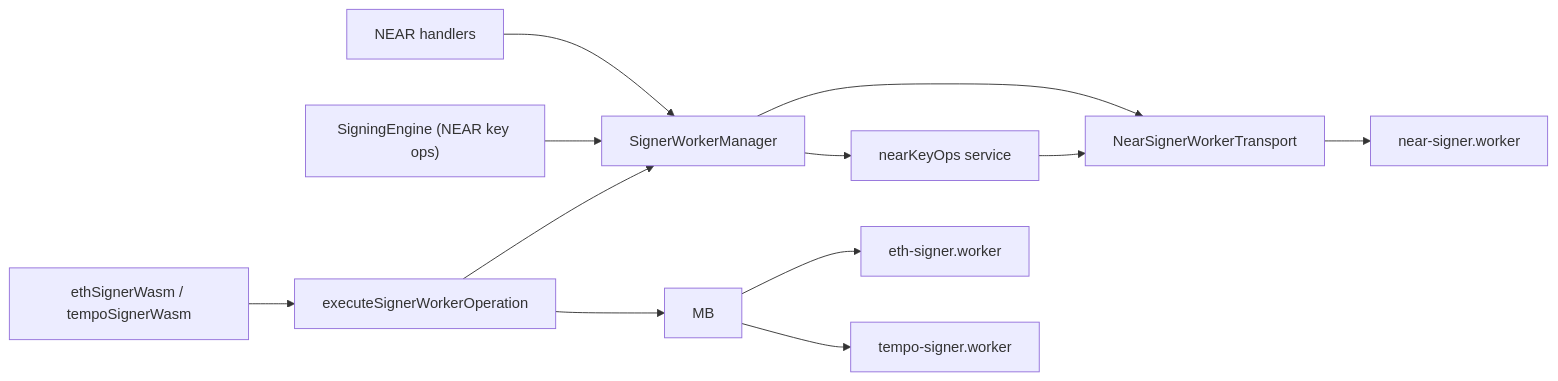
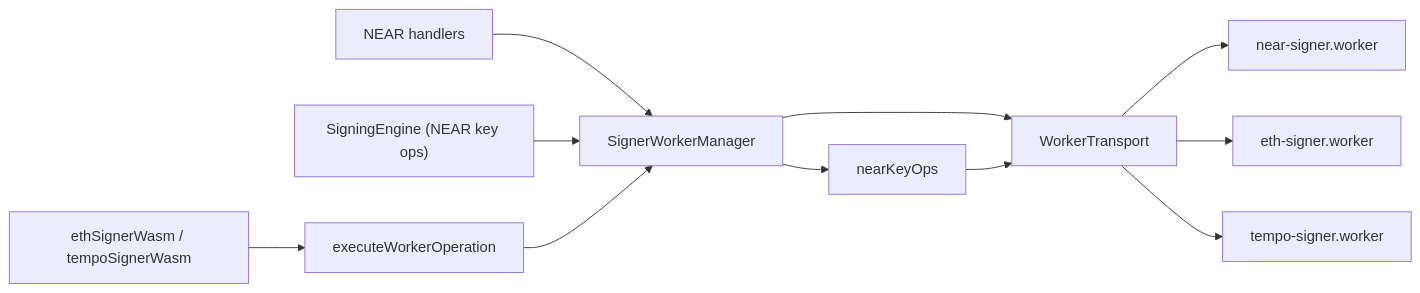
One commit to seams-tech/seams-sdk changed the third of 3 diagrams in client/src/core/signingEngine/README.md. Above: the diagram before and after it, drawn with Mermaid. The commit also changed other lines of this file and 180 other files, not shown here.

````diff
--- a/client/src/core/signingEngine/README.md
+++ b/client/src/core/signingEngine/README.md
@@ -60,15 +60,14 @@
 ```mermaid
 flowchart LR
   NH["NEAR handlers"] --> SWM["SignerWorkerManager"]
   SE["SigningEngine (NEAR key ops)"] --> SWM
-  SWM --> NB["NearSignerWorkerTransport"]
-  SWM --> NKO["nearKeyOps service"]
-  NB --> NSW["near-signer.worker"]
-  NKO --> NB
+  SWM --> ST["WorkerTransport"]
+  SWM --> NKO["nearKeyOps"]
+  NKO --> ST
+  ST --> NSW["near-signer.worker"]
+  ST --> EWK["eth-signer.worker"]
+  ST --> TWK["tempo-signer.worker"]
 
-  WASM["ethSignerWasm / tempoSignerWasm"] --> EX["executeSignerWorkerOperation"]
+  WASM["ethSignerWasm / tempoSignerWasm"] --> EX["executeWorkerOperation"]
   EX --> SWM
-  EX --> MB
-  MB --> EWK["eth-signer.worker"]
-  MB --> TWK["tempo-signer.worker"]
 ```
````
